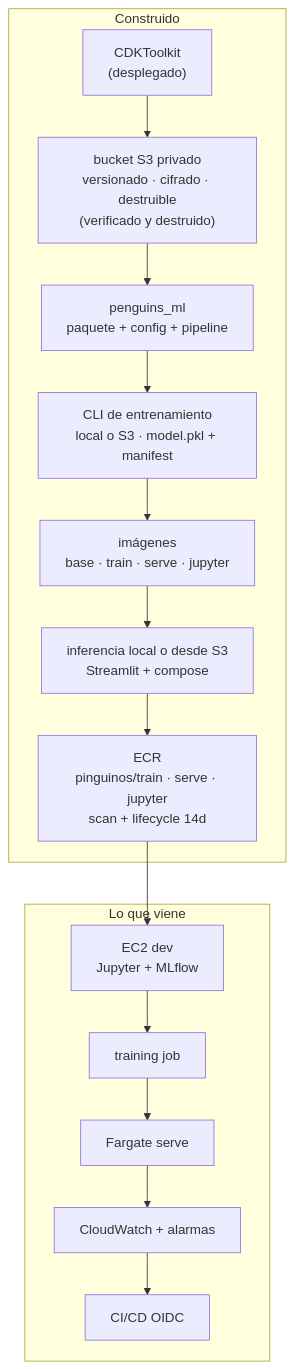
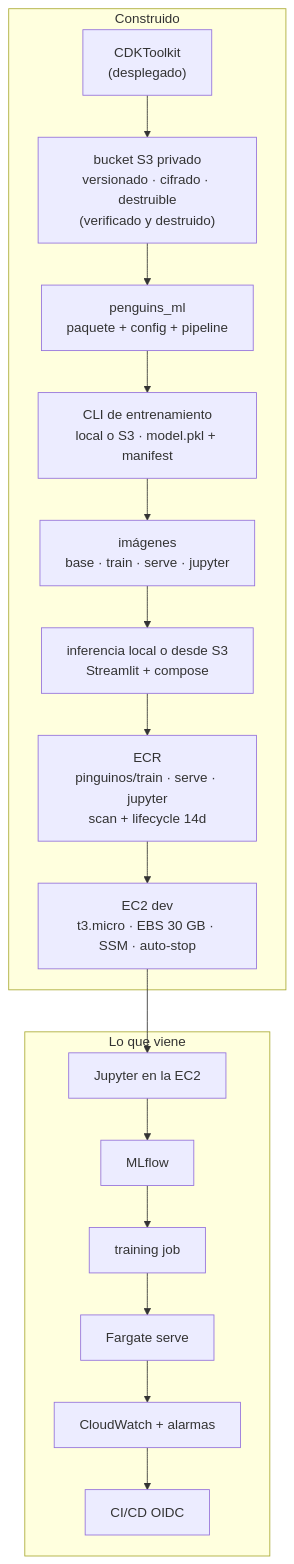
One commit to JairRamosG/Pinguinos-AWS changed the ninth of 9 diagrams in docs/how-it-works.md. Above: the diagram before and after it, drawn with Mermaid. The commit also changed other lines of this file, not shown here.

````diff
--- a/docs/how-it-works.md
+++ b/docs/how-it-works.md
@@ -535,20 +597,22 @@
 ```mermaid
 flowchart TB
     subgraph HOY["Construido"]
         BOOT["CDKToolkit<br/>(desplegado)"]
         S3["bucket S3 privado<br/>versionado · cifrado · destruible<br/>(verificado y destruido)"]
         PKG["penguins_ml<br/>paquete + config + pipeline"]
         TRN["CLI de entrenamiento<br/>local o S3 · model.pkl + manifest"]
         IMG["imágenes<br/>base · train · serve · jupyter"]
         UI["inferencia local o desde S3<br/>Streamlit + compose"]
         ECR["ECR<br/>pinguinos/train · serve · jupyter<br/>scan + lifecycle 14d"]
+        EC2["EC2 dev<br/>t3.micro · EBS 30 GB · SSM · auto-stop"]
     end
     subgraph DESPUES["Lo que viene"]
-        EC2["EC2 dev<br/>Jupyter + MLflow"]
+        JUP["Jupyter en la EC2"]
+        MLF["MLflow"]
         JOB["training job"]
         SRV["Fargate serve"]
         OBS["CloudWatch + alarmas"]
         CI["CI/CD OIDC"]
     end
-    BOOT --> S3 --> PKG --> TRN --> IMG --> UI --> ECR --> EC2 --> JOB --> SRV --> OBS --> CI
+    BOOT --> S3 --> PKG --> TRN --> IMG --> UI --> ECR --> EC2 --> JUP --> MLF --> JOB --> SRV --> OBS --> CI
 ```
````
